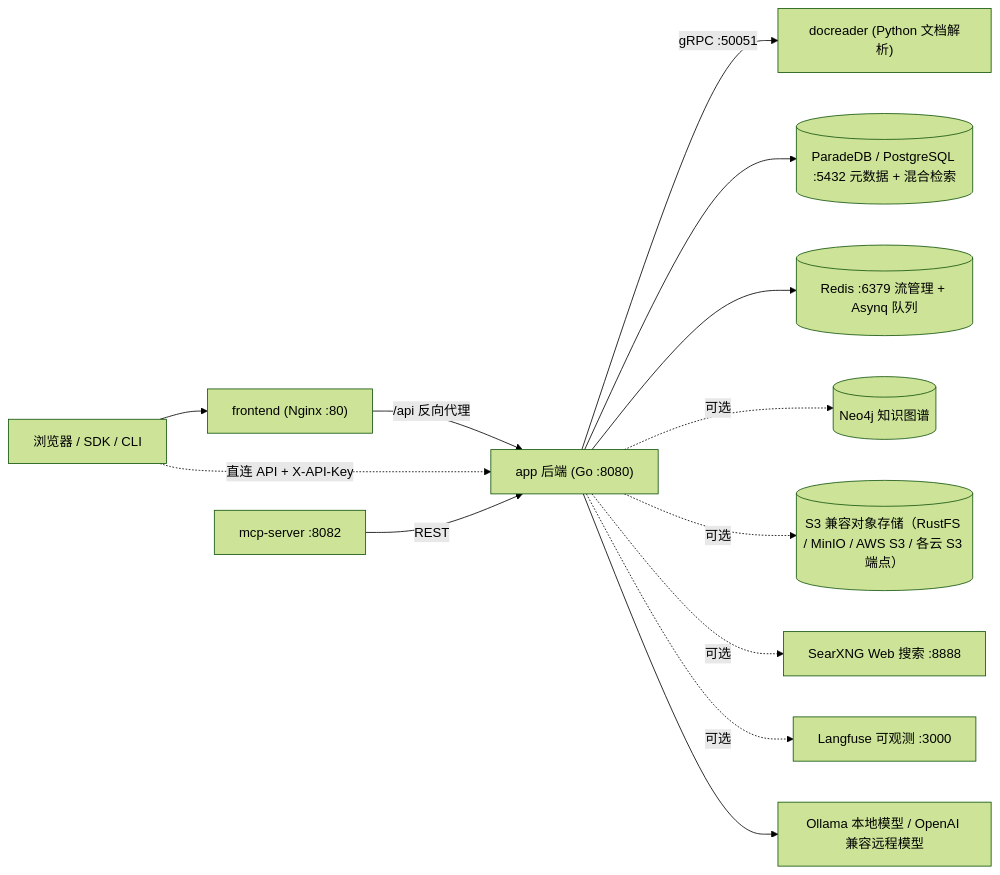
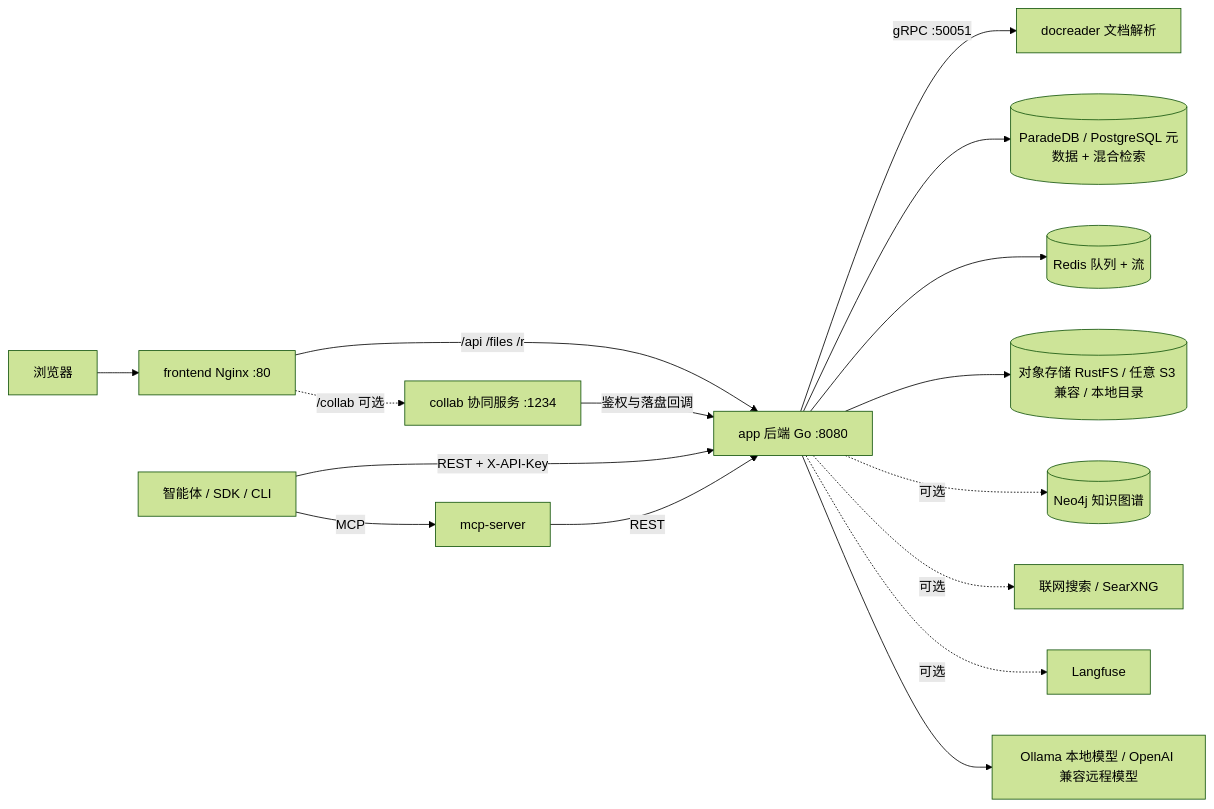
One commit to magicyuan876/Yuheng changed the second of 2 diagrams in website-docs/01-getting-started/01-introduction.md. Above: the diagram before and after it, drawn with Mermaid (forest theme). The commit also changed other lines of this file and 11 other files, not shown here.

First line of the commit message:
docs(site): getting started and architecture checked against the code

````diff
--- a/website-docs/01-getting-started/01-introduction.md
+++ b/website-docs/01-getting-started/01-introduction.md
@@ -119,15 +175,18 @@
 ```mermaid
 flowchart LR
-    Browser["浏览器 / SDK / CLI"] --> FE["frontend (Nginx :80)"]
-    FE -- "/api 反向代理" --> APP["app 后端 (Go :8080)"]
-    Browser -. "直连 API + X-API-Key" .-> APP
-    APP -- "gRPC :50051" --> DR["docreader (Python 文档解析)"]
-    APP --> PG[("ParadeDB / PostgreSQL :5432 元数据 + 混合检索")]
-    APP --> RD[("Redis :6379 流管理 + Asynq 队列")]
+    Browser["浏览器"] --> FE["frontend Nginx :80"]
+    FE -- "/api /files /r" --> APP["app 后端 Go :8080"]
+    FE -. "/collab 可选" .-> CO["collab 协同服务 :1234"]
+    CO -- "鉴权与落盘回调" --> APP
+    Agents["智能体 / SDK / CLI"] -- "REST + X-API-Key" --> APP
+    Agents -- "MCP" --> MCPS["mcp-server"]
+    MCPS -- "REST" --> APP
+    APP -- "gRPC :50051" --> DR["docreader 文档解析"]
+    APP --> PG[("ParadeDB / PostgreSQL 元数据 + 混合检索")]
+    APP --> RD[("Redis 队列 + 流")]
+    APP --> OBJ[("对象存储 RustFS / 任意 S3 兼容 / 本地目录")]
     APP -. "可选" .-> NEO[("Neo4j 知识图谱")]
-    APP -. "可选" .-> OSS[("S3 兼容对象存储（RustFS / MinIO / AWS S3 / 各云 S3 端点）")]
-    APP -. "可选" .-> SX["SearXNG Web 搜索 :8888"]
-    APP -. "可选" .-> LF["Langfuse 可观测 :3000"]
+    APP -. "可选" .-> SX["联网搜索 / SearXNG"]
+    APP -. "可选" .-> LF["Langfuse"]
     APP --> LLM["Ollama 本地模型 / OpenAI 兼容远程模型"]
-    MCPS["mcp-server :8082"] -- "REST" --> APP
 ```
````
